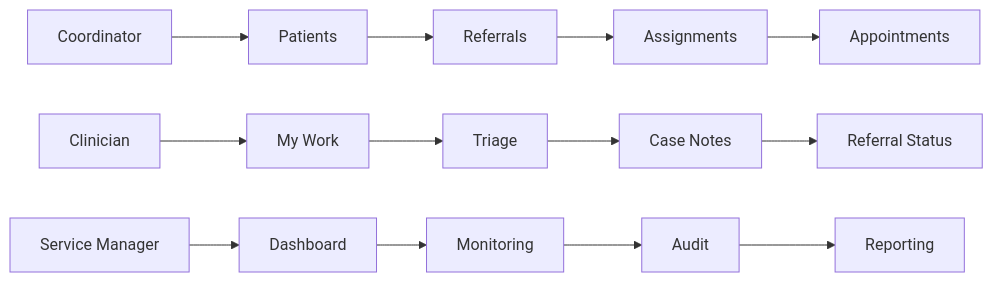
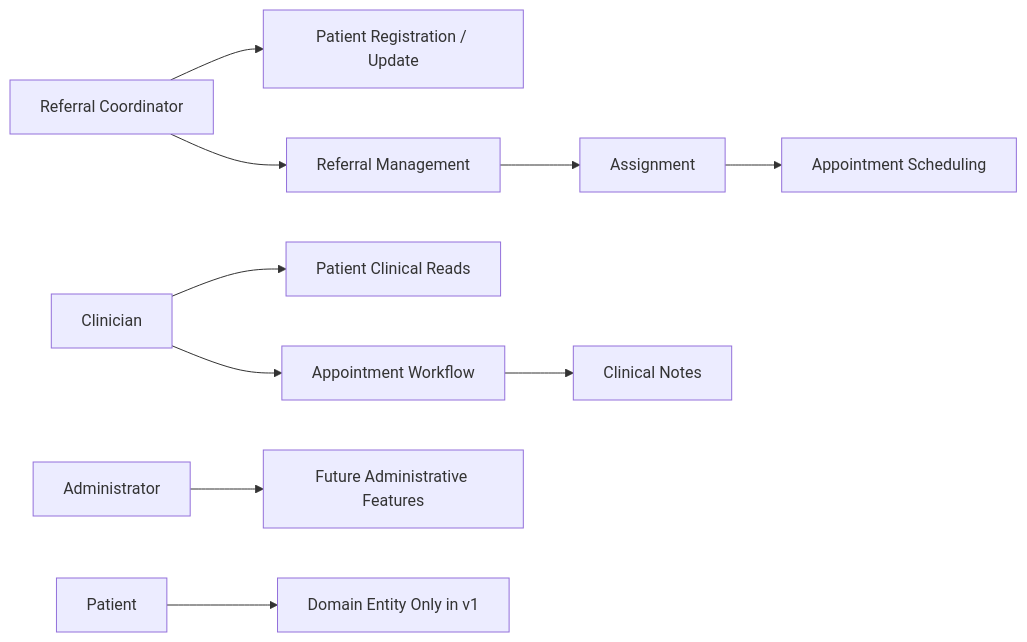
One commit to mirzahussnain/care-track changed the diagram in docs/02-user-stories.md. Above: the diagram before and after it, drawn with Mermaid. The commit also changed other lines of this file and 10 other files, not shown here.

````diff
--- a/docs/02-user-stories.md
+++ b/docs/02-user-stories.md
@@ -28,17 +78,15 @@
 ```mermaid
 flowchart LR
-    C[Coordinator] --> P[Patients]
-    P --> R[Referrals]
-    R --> A[Assignments]
-    A --> AP[Appointments]
+    RC[Referral Coordinator] --> P[Patient Registration / Update]
+    RC --> R[Referral Management]
+    R --> A[Assignment]
+    A --> AP[Appointment Scheduling]
 
-    CL[Clinician] --> MW[My Work]
-    MW --> T[Triage]
-    T --> CN[Case Notes]
-    CN --> RS[Referral Status]
+    CL[Clinician] --> PR[Patient Clinical Reads]
+    CL --> AW[Appointment Workflow]
+    AW --> CN[Clinical Notes]
 
-    SM[Service Manager] --> D[Dashboard]
-    D --> M[Monitoring]
-    M --> AU[Audit]
-    AU --> RP[Reporting]
+    AD[Administrator] --> FA[Future Administrative Features]
+
+    PAT[Patient] --> DE[Domain Entity Only in v1]
 ```
````
